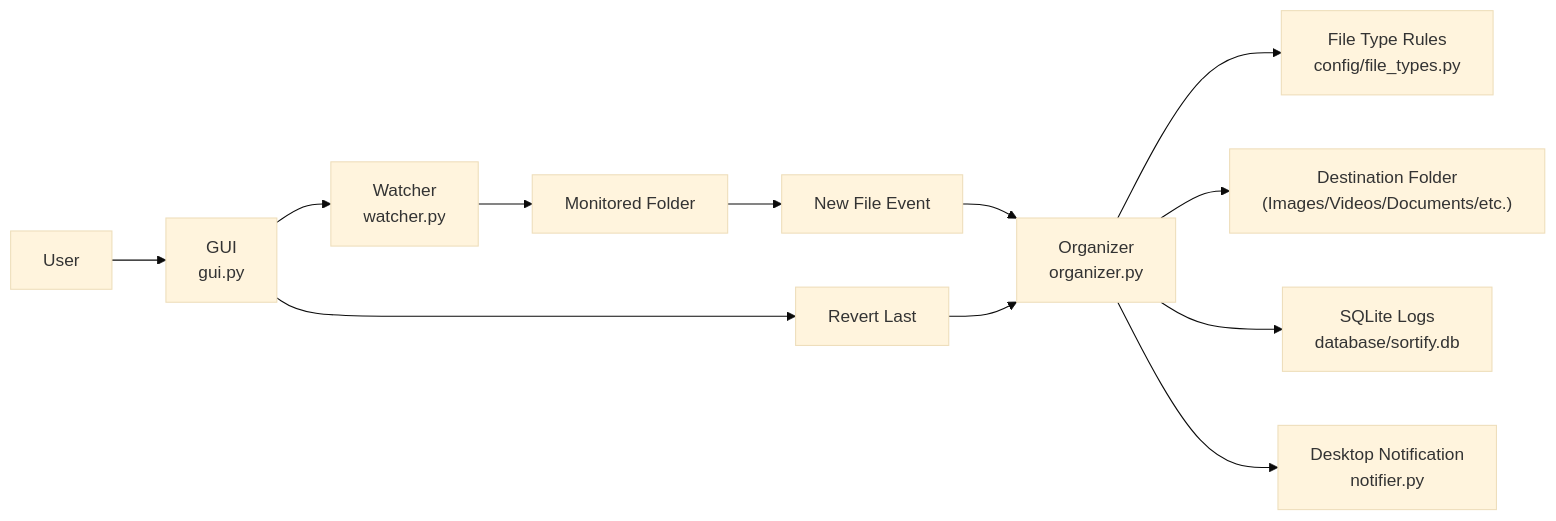
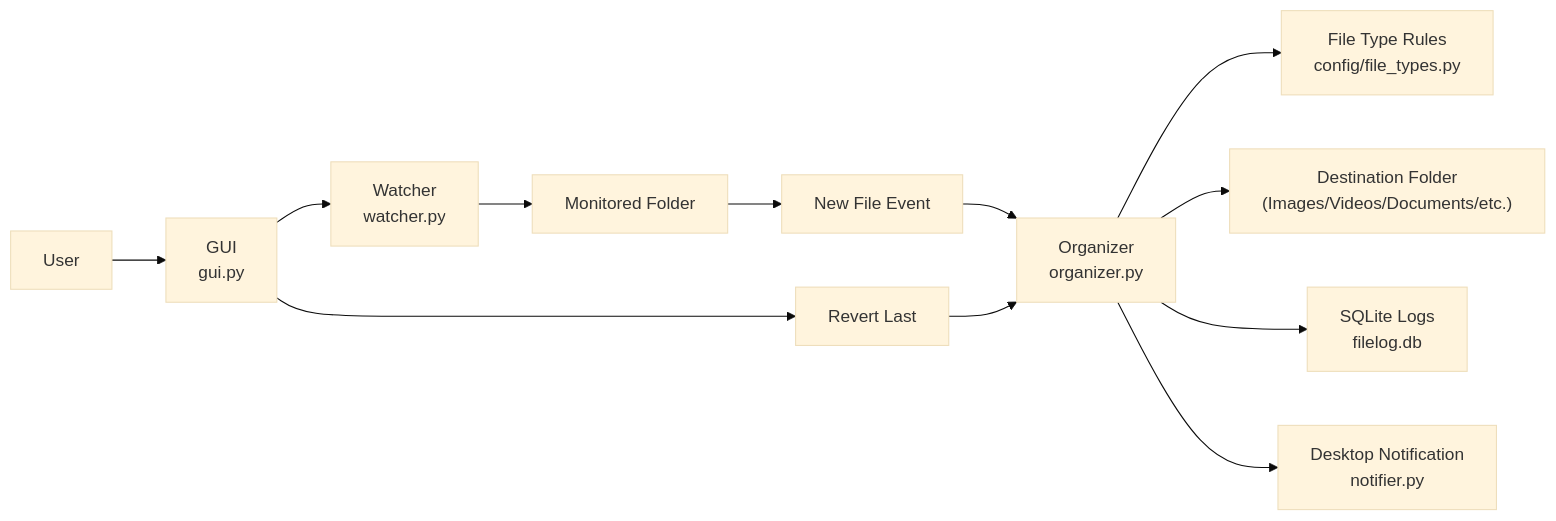
Before and after one commit to Samith-M-Samani/Sortify: the diagram in README.md, drawn with Mermaid (base theme). The commit also changed other lines of this file and 2 other files, not shown here.

````diff
--- a/README.md
+++ b/README.md
@@ -62,14 +62,14 @@
 ```mermaid
 graph LR
     User["User"] --> GUI["GUI<br/>gui.py"]
     GUI --> Watcher["Watcher<br/>watcher.py"]
     Watcher --> Monitor["Monitored Folder"]
     Monitor --> Event["New File Event"]
     Event --> Organizer["Organizer<br/>organizer.py"]
     Organizer --> Types["File Type Rules<br/>config/file_types.py"]
     Organizer --> Dest["Destination Folder<br/>(Images/Videos/Documents/etc.)"]
-    Organizer --> DB["SQLite Logs<br/>database/sortify.db"]
+    Organizer --> DB["SQLite Logs<br/>filelog.db"]
     Organizer --> Notify["Desktop Notification<br/>notifier.py"]
     GUI --> Revert["Revert Last"]
     Revert --> Organizer
 ```
````
